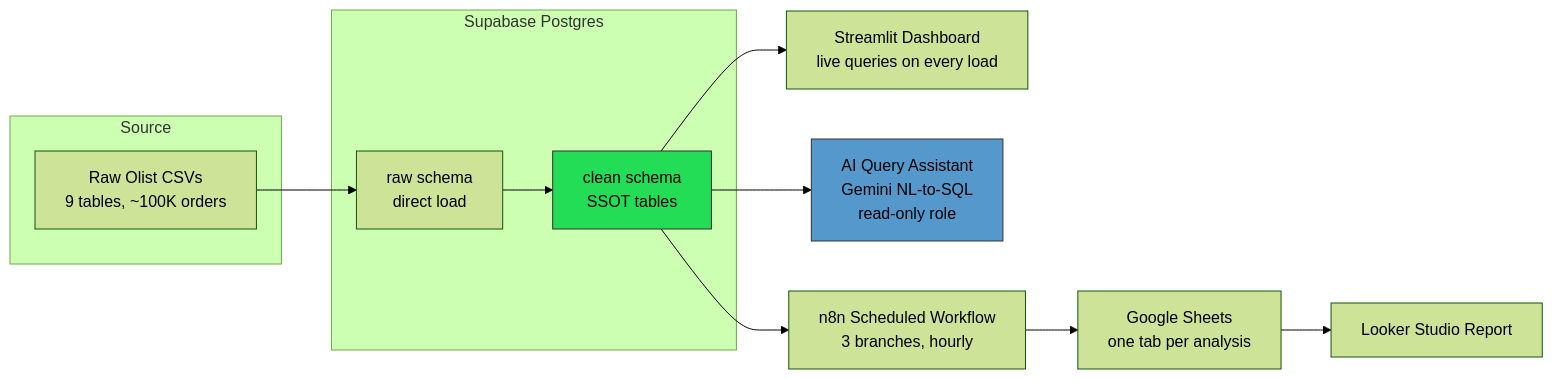
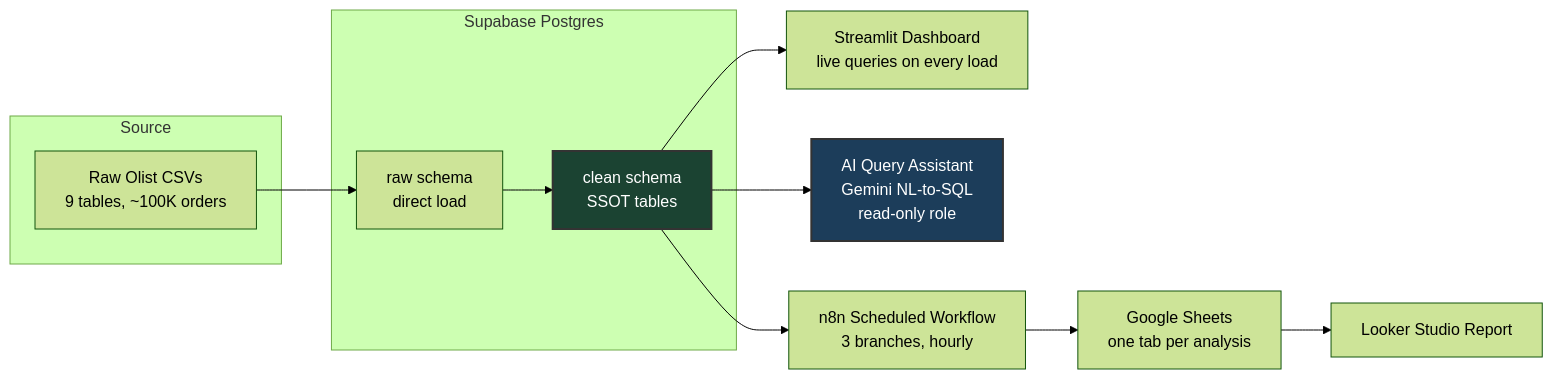
One commit to clclyde/olist-bi-portfolio changed the diagram in README.md. Above: the diagram before and after it, drawn with Mermaid (forest theme).

````diff
--- a/README.md
+++ b/README.md
@@ -18,24 +18,24 @@
 ```mermaid
 flowchart LR
     subgraph Source
         A[Raw Olist CSVs<br/>9 tables, ~100K orders]
     end
 
     subgraph Supabase [Supabase Postgres]
         B[raw schema<br/>direct load]
         C[clean schema<br/>SSOT tables]
         B --> C
     end
 
     A --> B
 
     C --> D[Streamlit Dashboard<br/>live queries on every load]
     C --> E[AI Query Assistant<br/>Gemini NL-to-SQL<br/>read-only role]
     C --> F[n8n Scheduled Workflow<br/>3 branches, hourly]
 
     F --> G[Google Sheets<br/>one tab per analysis]
     G --> H[Looker Studio Report]
 
-    style C fill:#2d5,stroke:#333
-    style E fill:#59c,stroke:#333
+    style C fill:#1b4332,stroke:#333,stroke-width:2px,color:#ffffff
+    style E fill:#1c3d5a,stroke:#333,stroke-width:2px,color:#ffffff
 ```
````
